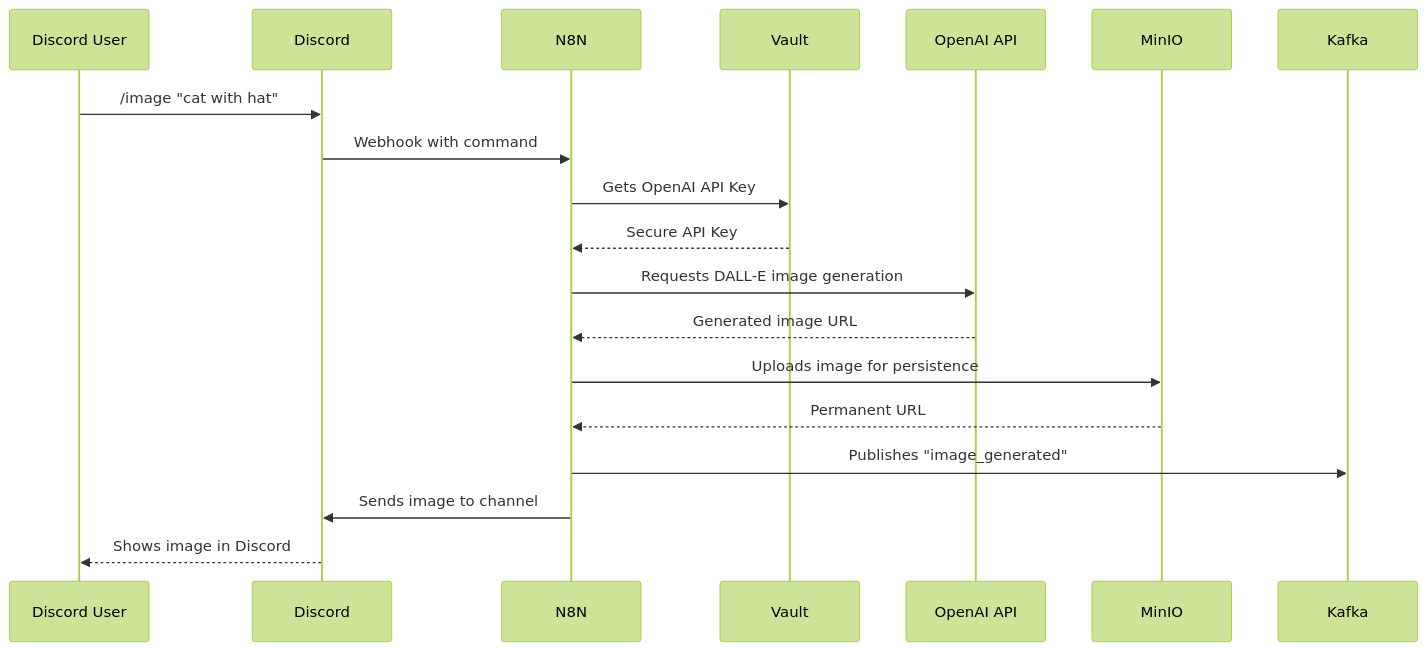
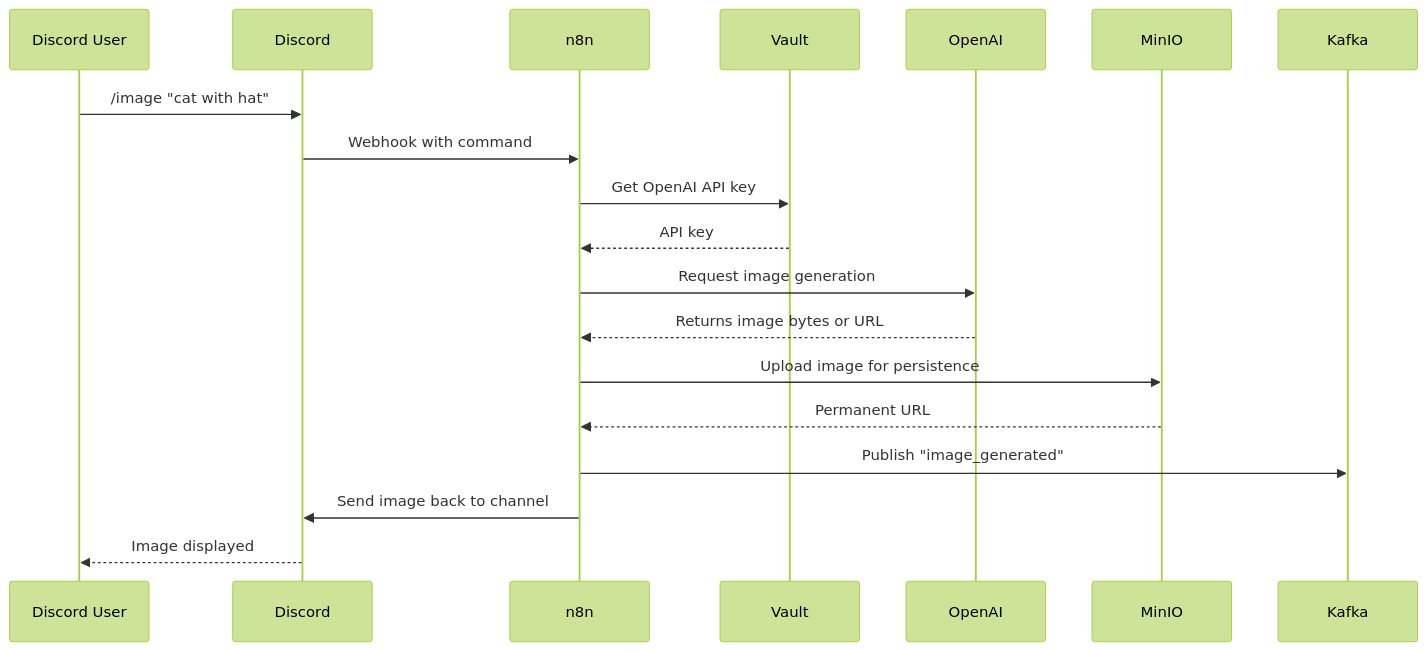
One commit to Santiago1010/dev-container changed the fourth of 4 diagrams in README.md. Above: the diagram before and after it, drawn with Mermaid (forest theme). The commit also changed other lines of this file and 3 other files, not shown here.

````diff
--- a/README.md
+++ b/README.md
@@ -271,22 +295,22 @@
 ```mermaid
 sequenceDiagram
     participant U as Discord User
     participant D as Discord
-    participant N as N8N
+    participant N as n8n
     participant V as Vault
-    participant O as OpenAI API
+    participant O as OpenAI
     participant M as MinIO
     participant Ka as Kafka
 
     U->>D: /image "cat with hat"
     D->>N: Webhook with command
-    N->>V: Gets OpenAI API Key
-    V-->>N: Secure API Key
-    N->>O: Requests DALL-E image generation
-    O-->>N: Generated image URL
-    N->>M: Uploads image for persistence
+    N->>V: Get OpenAI API key
+    V-->>N: API key
+    N->>O: Request image generation
+    O-->>N: Returns image bytes or URL
+    N->>M: Upload image for persistence
     M-->>N: Permanent URL
-    N->>Ka: Publishes "image_generated"
-    N->>D: Sends image to channel
-    D-->>U: Shows image in Discord
+    N->>Ka: Publish "image_generated"
+    N->>D: Send image back to channel
+    D-->>U: Image displayed
 ```
````
